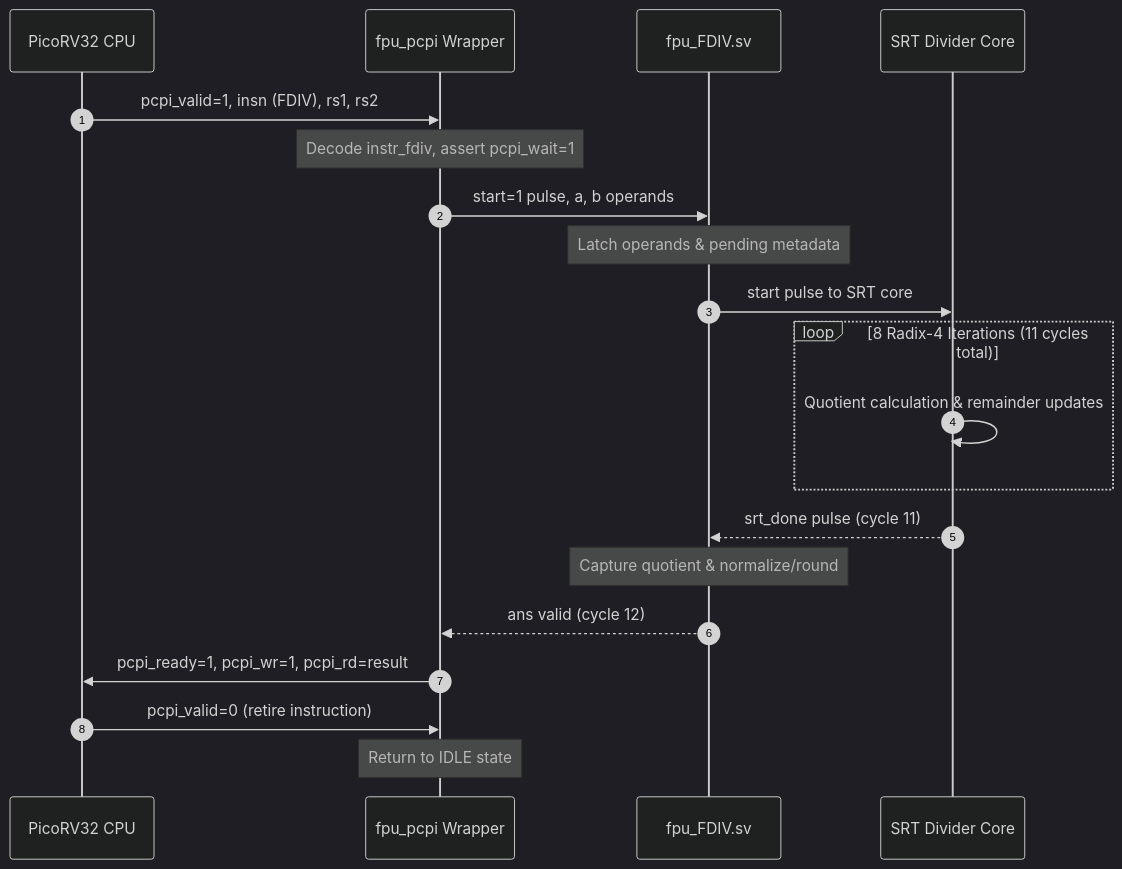
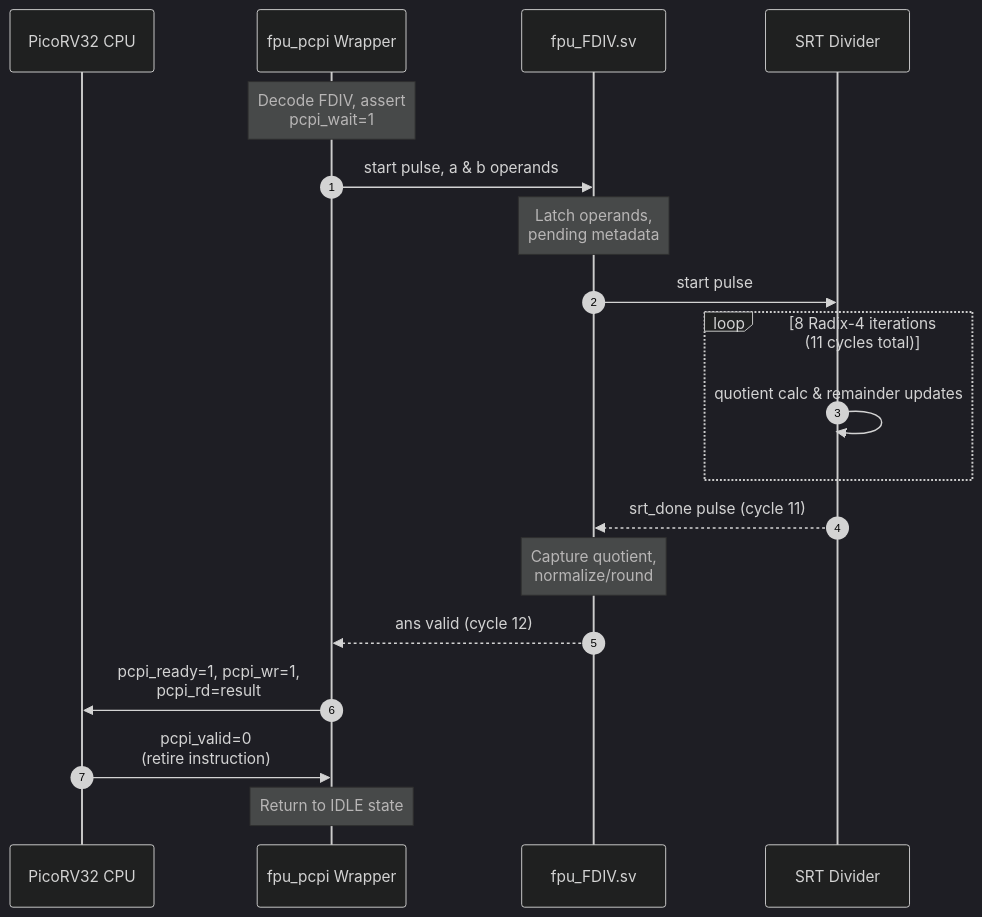
The third of 3 diagrams in fpu_architecture.md (Srivathsan1293/half-precision-fpu), drawn with Mermaid (dark theme) before and after one commit. The commit also changed other lines of this file, not shown here.

Commit message:
docs: Fix text overflow in Mermaid.js diagrams
- Break long labels using <br/> for line breaks
- Abbreviate participant names (FDIV → DIV)
- Shorten label text for better GitHub rendering
- Push to GitHub

````diff
--- a/fpu_architecture.md
+++ b/fpu_architecture.md
@@ -69,27 +69,26 @@
 ```mermaid
 sequenceDiagram
     autonumber
     participant CPU as PicoRV32 CPU
     participant Wrapper as fpu_pcpi Wrapper
-    participant FDIV as fpu_FDIV.sv
-    participant SRT as SRT Divider Core
+    participant DIV as fpu_FDIV.sv
+    participant SRT as SRT Divider
 
-    CPU->>Wrapper: pcpi_valid=1, insn (FDIV), rs1, rs2
-    Note over Wrapper: Decode instr_fdiv, assert pcpi_wait=1
-    Wrapper->>FDIV: start=1 pulse, a, b operands
+    Note over Wrapper: Decode FDIV, assert<br/>pcpi_wait=1
+    Wrapper->>DIV: start pulse, a & b operands
     
-    Note over FDIV: Latch operands & pending metadata
-    FDIV->>SRT: start pulse to SRT core
+    Note over DIV: Latch operands,<br/>pending metadata
+    DIV->>SRT: start pulse
     
-    loop 8 Radix-4 Iterations (11 cycles total)
-        SRT->>SRT: Quotient calculation & remainder updates
+    loop 8 Radix-4 iterations<br/>(11 cycles total)
+        SRT->>SRT: quotient calc & remainder updates
     end
     
-    SRT-->>FDIV: srt_done pulse (cycle 11)
-    Note over FDIV: Capture quotient & normalize/round
-    FDIV-->>Wrapper: ans valid (cycle 12)
+    SRT-->>DIV: srt_done pulse (cycle 11)
+    Note over DIV: Capture quotient,<br/>normalize/round
+    DIV-->>Wrapper: ans valid (cycle 12)
     
-    Wrapper->>CPU: pcpi_ready=1, pcpi_wr=1, pcpi_rd=result
-    CPU->>Wrapper: pcpi_valid=0 (retire instruction)
+    Wrapper->>CPU: pcpi_ready=1, pcpi_wr=1,<br/>pcpi_rd=result
+    CPU->>Wrapper: pcpi_valid=0<br/>(retire instruction)
     Note over Wrapper: Return to IDLE state
 ```
````
